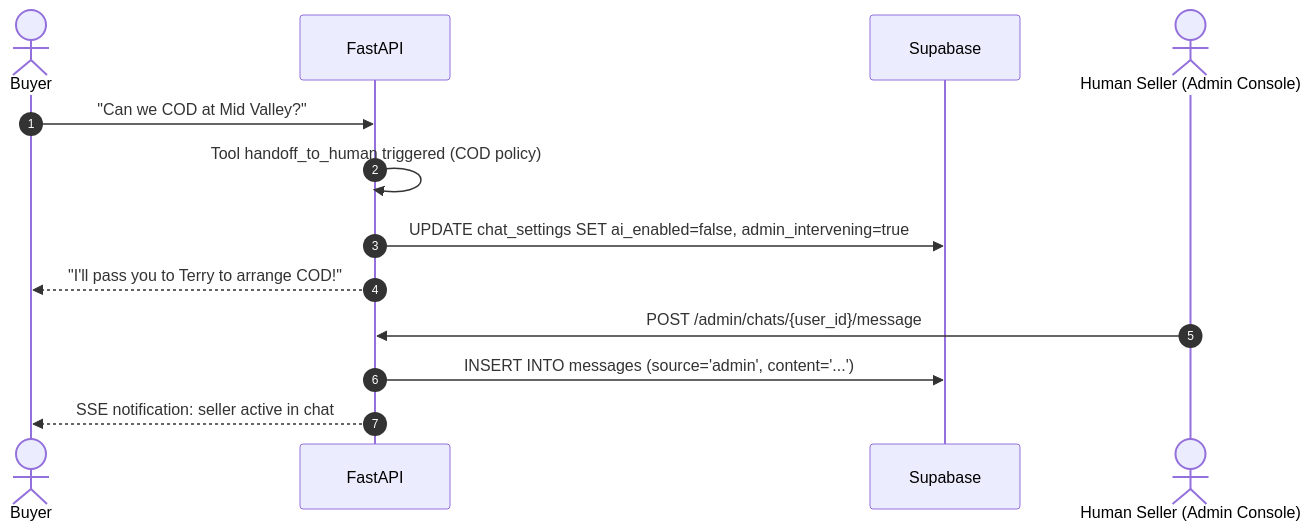
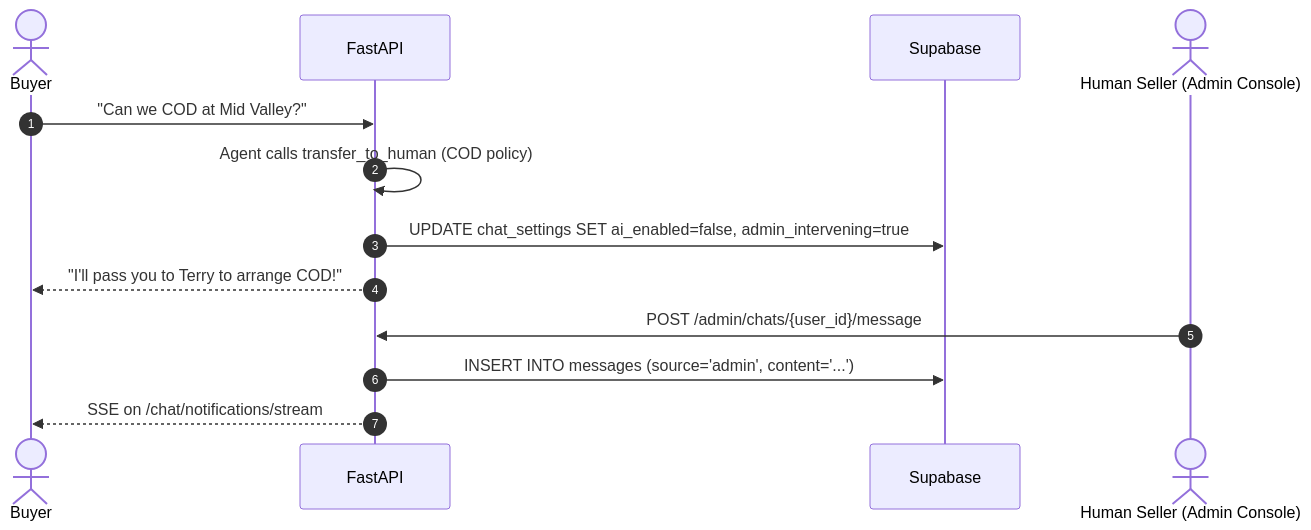
The third of 3 diagrams in docs/flows/README.md (terryong31/nego-lah), drawn with Mermaid before and after one commit. The commit also changed other lines of this file and 187 other files, not shown here.

````diff
--- a/docs/flows/README.md
+++ b/docs/flows/README.md
@@ -82,16 +88,16 @@
 ```mermaid
 sequenceDiagram
     autonumber
     actor Buyer
     participant API as FastAPI
     participant DB as Supabase
     actor Seller as Human Seller (Admin Console)
 
     Buyer->>API: "Can we COD at Mid Valley?"
-    API->>API: Tool handoff_to_human triggered (COD policy)
+    API->>API: Agent calls transfer_to_human (COD policy)
     API->>DB: UPDATE chat_settings SET ai_enabled=false, admin_intervening=true
     API-->>Buyer: "I'll pass you to Terry to arrange COD!"
     Seller->>API: POST /admin/chats/{user_id}/message
     API->>DB: INSERT INTO messages (source='admin', content='...')
-    API-->>Buyer: SSE notification: seller active in chat
+    API-->>Buyer: SSE on /chat/notifications/stream
 ```
````
